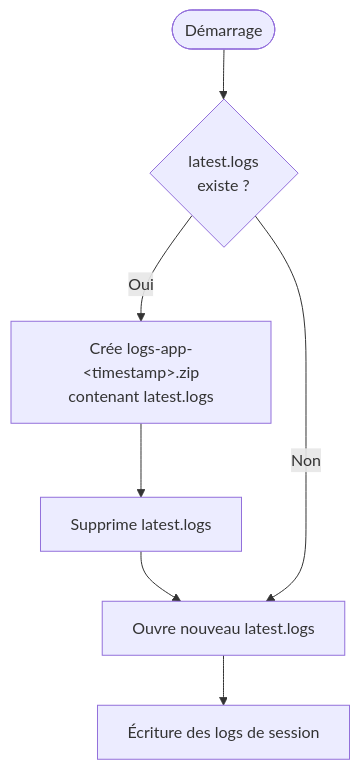
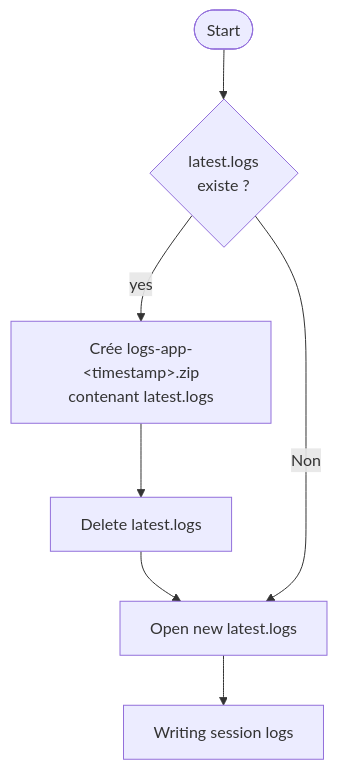
One commit to Ox-Projects/Oxide changed the seventh of 7 diagrams in docs/SAVE_STATES.md. Above: the diagram before and after it, drawn with Mermaid. The commit also changed other lines of this file, not shown here.

````diff
--- a/docs/SAVE_STATES.md
+++ b/docs/SAVE_STATES.md
@@ -168,9 +168,9 @@
 ```mermaid
 flowchart TD
-    Start([Démarrage]) --> Check{latest.logs\nexiste ?}
-    Check -- Oui --> Zip["Crée logs-app-&lt;timestamp&gt;.zip\ncontenant latest.logs"]
-    Zip --> Del["Supprime latest.logs"]
-    Del --> New["Ouvre nouveau latest.logs"]
+    Start([Start]) --> Check{latest.logs\nexiste ?}
+    Check -- yes --> Zip["Crée logs-app-&lt;timestamp&gt;.zip\ncontenant latest.logs"]
+    Zip --> Del["Delete latest.logs"]
+    Del --> New["Open new latest.logs"]
     Check -- Non --> New
-    New --> Session["Écriture des logs de session"]
+    New --> Session["Writing session logs"]
 ```
````
